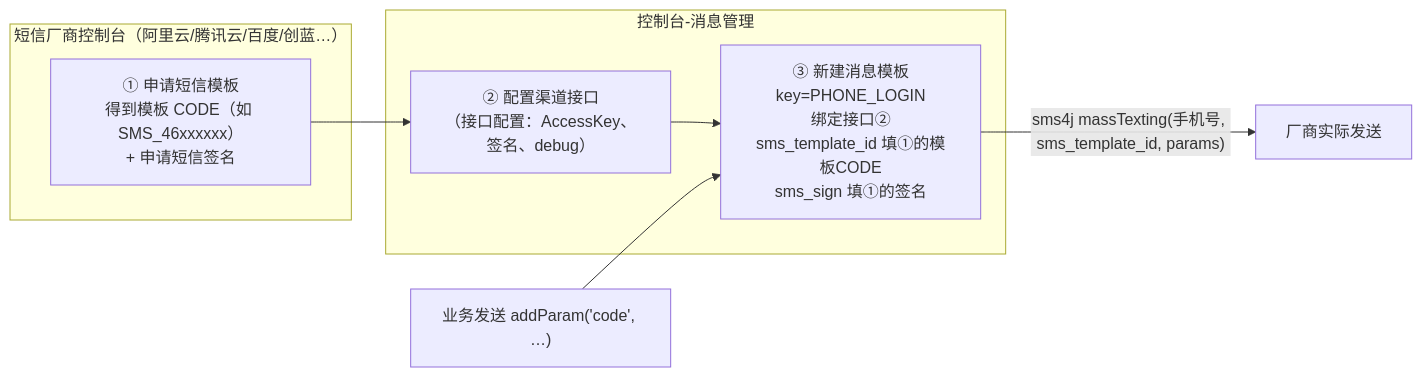
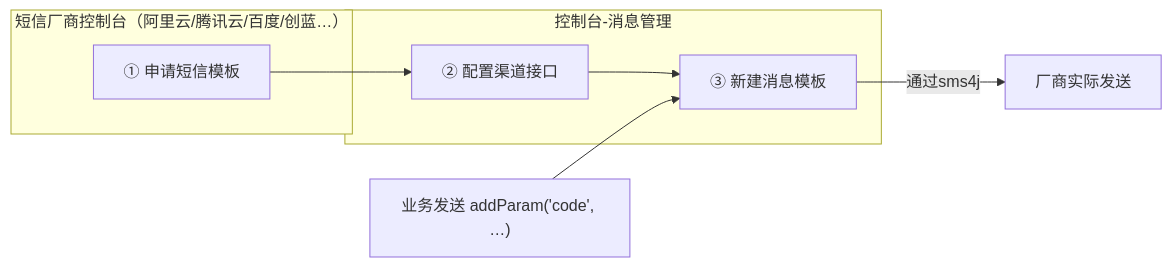
The diagram in src/doc/advanced/message/消息模板.md (henhen6/mdp-docs), drawn with Mermaid before and after one commit. The commit also changed other lines of this file and 4 other files, not shown here.

````diff
--- a/src/doc/advanced/message/消息模板.md
+++ b/src/doc/advanced/message/消息模板.md
@@ -94,13 +94,13 @@
 ```mermaid
 flowchart LR
     subgraph 厂商平台["短信厂商控制台（阿里云/腾讯云/百度/创蓝…）"]
-        T["① 申请短信模板<br/>得到模板 CODE（如 SMS_46xxxxxx）<br/>+ 申请短信签名"]
+        T["① 申请短信模板"]
     end
     subgraph 本项目["控制台-消息管理"]
-        C["② 配置渠道接口<br/>（接口配置：AccessKey、签名、debug）"]
-        P["③ 新建消息模板<br/>key=PHONE_LOGIN<br/>绑定接口②<br/>sms_template_id 填①的模板CODE<br/>sms_sign 填①的签名"]
+        C["② 配置渠道接口"]
+        P["③ 新建消息模板"]
     end
     T --> C --> P
     B["业务发送 addParam('code', …)"] --> P
-    P -->|"sms4j massTexting(手机号, sms_template_id, params)"| V["厂商实际发送"]
+    P -->|"通过sms4j"| V["厂商实际发送"]
 ```
````
